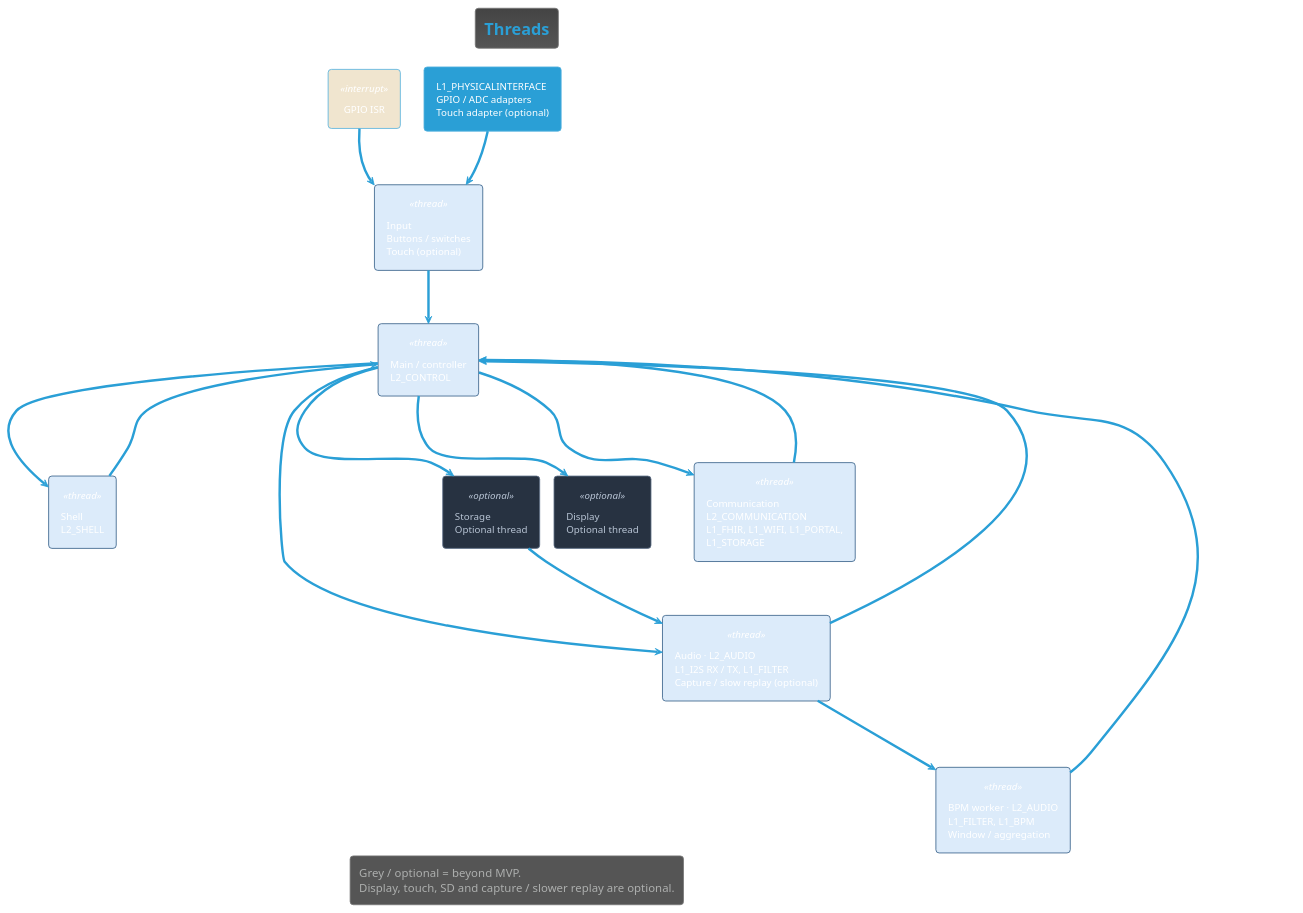
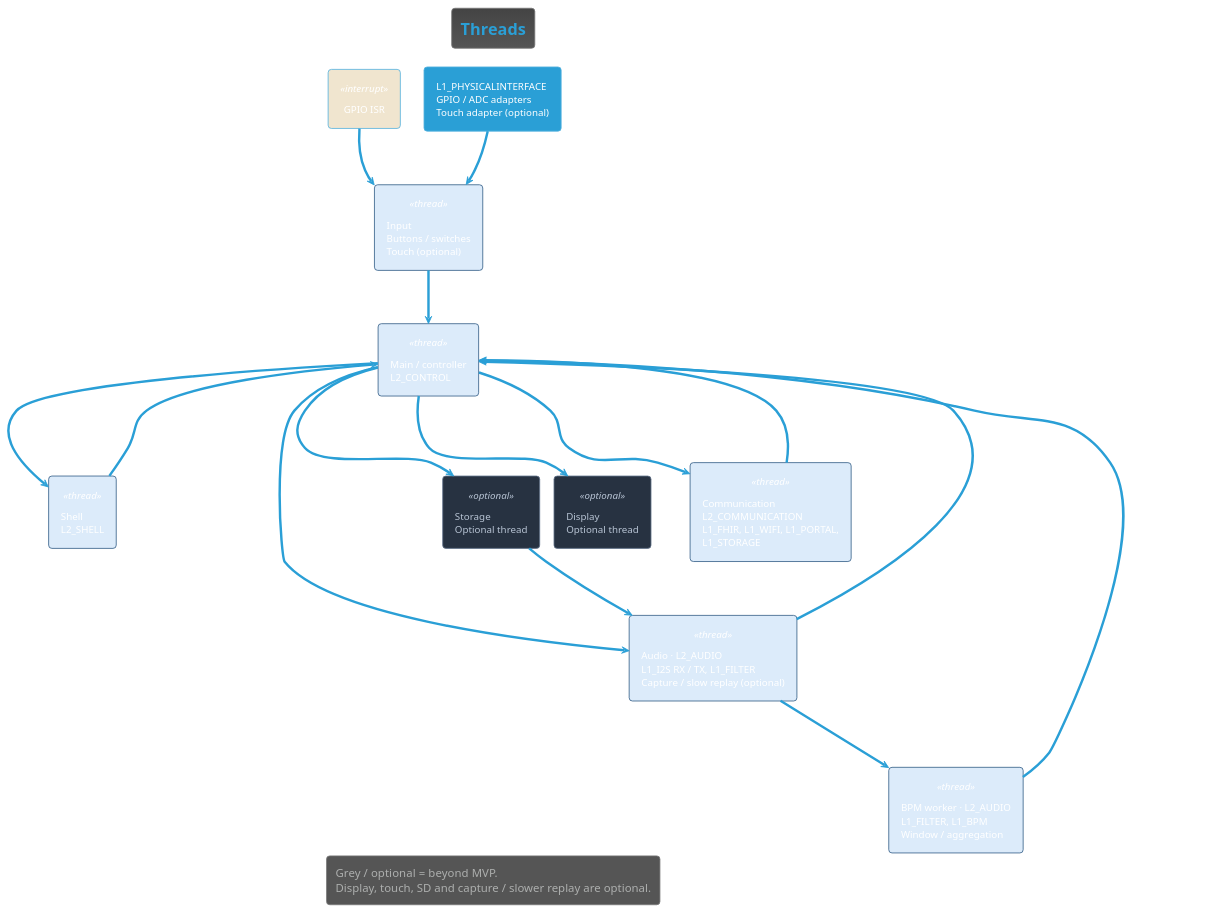
One commit to DemonicPsychoII/DigitalStethoscope changed the diagram in Development/system/architecture/system/runtime-ownership.puml. Above: the diagram before and after it, drawn with PlantUML. The commit also changed 7 other files, not shown here.

First line of the commit message:
docs(architecture): mark Lung as optional and fix review findings

```diff
--- a/Development/system/architecture/system/runtime-ownership.puml
+++ b/Development/system/architecture/system/runtime-ownership.puml
@@ -1,52 +1,52 @@
 @startuml runtime_ownership
 !theme cyborg
 !pragma layout smetana
 skinparam shadowing false
 skinparam component {
  BackgroundColor<<optional>> #273241
  BorderColor<<optional>> #61738a
  FontColor<<optional>> #b8c4d4
 }
 skinparam artifact {
  BackgroundColor<<optional>> #273241
  BorderColor<<optional>> #61738a
  FontColor<<optional>> #b8c4d4
 }
 skinparam componentStyle rectangle
 skinparam defaultFontName SansSerif
 title Threads
 top to bottom direction
 skinparam component {
  BackgroundColor<<thread>> #DCEBFA
  BorderColor<<thread>> #345E87
  BackgroundColor<<interrupt>> #F0E5CF
 }
 component "GPIO ISR" as irq <<interrupt>>
 component "L1_PHYSICALINTERFACE\nGPIO / ADC adapters\nTouch adapter (optional)" as adapters
 component "Input\nButtons / switches\nTouch (optional)" as inp <<thread>>
 component "Shell\nL2_SHELL" as shell <<thread>>
 component "Main / controller\nL2_CONTROL" as ctl <<thread>>
 component "Audio · L2_AUDIO\nL1_I2S RX / TX, L1_FILTER\nCapture / slow replay (optional)" as audio <<thread>>
 component "BPM worker · L2_AUDIO\nL1_FILTER, L1_BPM\nWindow / aggregation" as bpm <<thread>>
 component "Storage\nOptional thread" as storage <<optional>>
 component "Display\nOptional thread" as display <<optional>>
 component "Communication\nL2_COMMUNICATION\nL1_FHIR, L1_WIFI, L1_PORTAL,\nL1_STORAGE" as net <<thread>>
 irq --> inp : wake-up · semaphore
 adapters --> inp : input samples · driver reads
 inp --> ctl : control events · k_msgq
 shell --> ctl : control events · k_msgq
 ctl --> shell : state · snapshot copy
 ctl --> audio : settings / commands · k_msgq
 audio --> bpm : original-rate sample blocks\nbefore filter / gain · handles / k_msgq
 bpm --> ctl : BPM result · k_msgq
 audio --> ctl : completion / fault · k_msgq
 ctl --> storage : file request · k_msgq
 storage --> audio : file audio · block handles / k_msgq
 ctl --> display : UI state · snapshot copy
-ctl --> net : Wi-Fi requested state · spinlock + semaphore\nLater: BPM result + network lease · k_msgq
-net --> ctl : confirmed Wi-Fi release · synchronized flag\nLater: send outcome · k_msgq
+ctl --> net : Wi-Fi requested state · k_msgq\nLater: BPM result + network lease · k_msgq
+net --> ctl : confirmed Wi-Fi release · k_msgq\nLater: send outcome · k_msgq
 legend bottom
   Grey / optional = beyond MVP.
   Display, touch, SD and capture / slower replay are optional.
 endlegend
 @enduml
```
